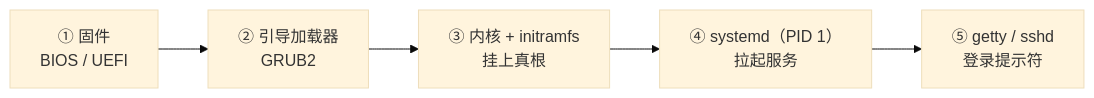
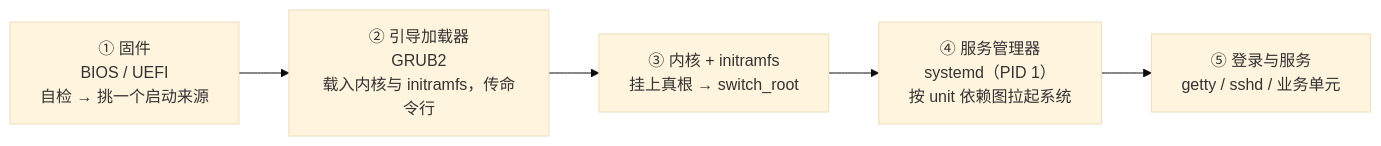
The diagram in Linux/02_启动流程与内核/00_导读与知识地图.md (realtyz/ops-manual), drawn with Mermaid (base theme) before and after one commit. The commit also changed other lines of this file and 61 other files, not shown here.

````diff
--- a/Linux/02_启动流程与内核/00_导读与知识地图.md
+++ b/Linux/02_启动流程与内核/00_导读与知识地图.md
@@ -62,7 +18,7 @@
 ```mermaid
 flowchart LR
-  A["① 固件<br/>BIOS / UEFI"] --> B["② 引导加载器<br/>GRUB2"]
-  B --> C["③ 内核 + initramfs<br/>挂上真根"]
-  C --> D["④ systemd（PID 1）<br/>拉起服务"]
-  D --> E["⑤ getty / sshd<br/>登录提示符"]
+  A["① 固件<br/>BIOS / UEFI<br/>自检 → 挑一个启动来源"] --> B["② 引导加载器<br/>GRUB2<br/>载入内核与 initramfs，传命令行"]
+  B --> C["③ 内核 + initramfs<br/>挂上真根 → switch_root"]
+  C --> D["④ 服务管理器<br/>systemd（PID 1）<br/>按 unit 依赖图拉起系统"]
+  D --> E["⑤ 登录与服务<br/>getty / sshd / 业务单元"]
 ```
````
